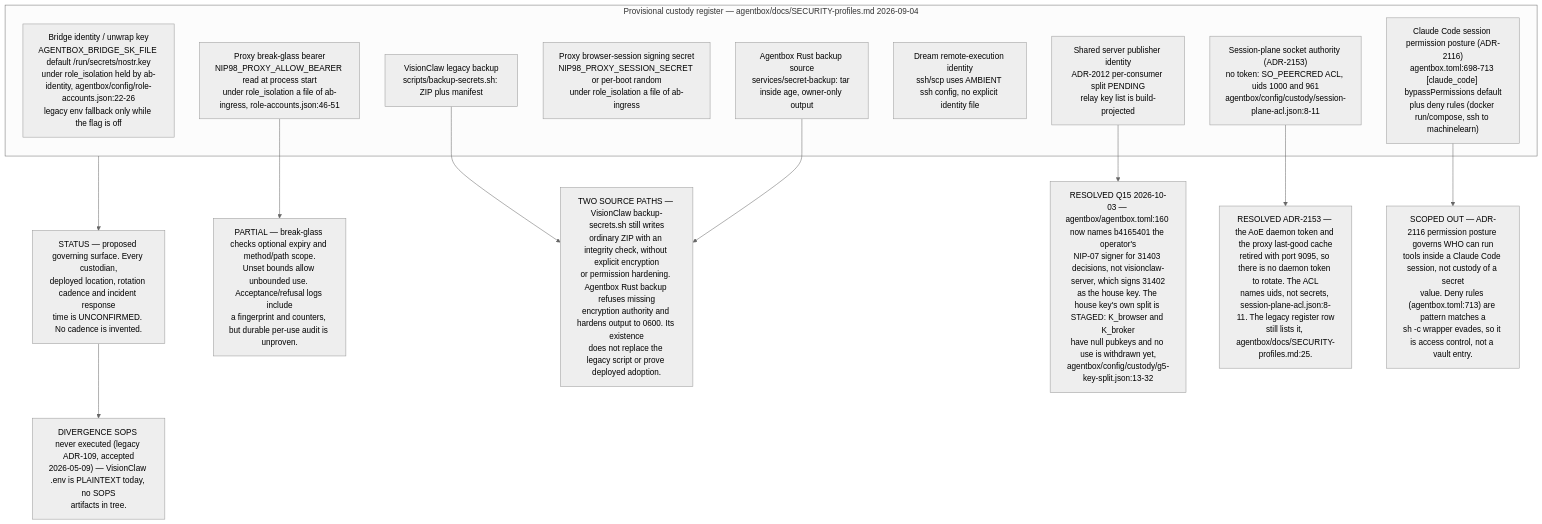
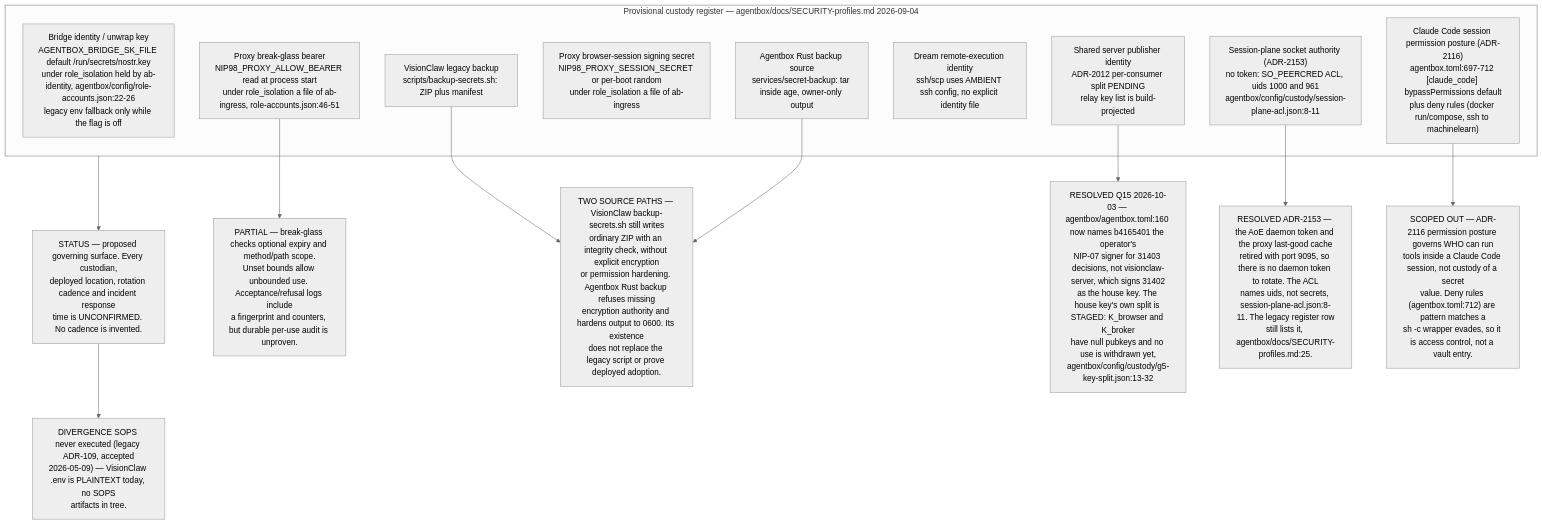
Before and after one commit to DreamLab-AI/VisionFlow: the ninth of 11 diagrams in docs/diagrams/estate/10-deployment-and-security-profiles.md, drawn with Mermaid (neutral theme). The commit also changed other lines of this file and 91 other files, not shown here.

````diff
--- a/docs/diagrams/estate/10-deployment-and-security-profiles.md
+++ b/docs/diagrams/estate/10-deployment-and-security-profiles.md
@@ -367,30 +372,30 @@
 ```mermaid
 flowchart TB
     subgraph reg["Provisional custody register — agentbox/docs/SECURITY-profiles.md 2026-09-04"]
         C1["Bridge identity / unwrap key<br/>AGENTBOX_BRIDGE_SK_FILE default /run/secrets/nostr.key<br/>under role_isolation held by ab-identity, agentbox/config/role-accounts.json:22-26<br/>legacy env fallback only while the flag is off"]
         C2["Shared server publisher identity<br/>ADR-2012 per-consumer split PENDING<br/>relay key list is build-projected"]
         C3["Proxy break-glass bearer<br/>NIP98_PROXY_ALLOW_BEARER read at process start<br/>under role_isolation a file of ab-ingress, role-accounts.json:46-51"]
         C4["Proxy browser-session signing secret<br/>NIP98_PROXY_SESSION_SECRET or per-boot random<br/>under role_isolation a file of ab-ingress"]
         C5["Session-plane socket authority (ADR-2153)<br/>no token: SO_PEERCRED ACL, uids 1000 and 961<br/>agentbox/config/custody/session-plane-acl.json:8-11"]
         C6["Dream remote-execution identity<br/>ssh/scp uses AMBIENT ssh config, no explicit identity file"]
         C7["VisionClaw legacy backup<br/>scripts/backup-secrets.sh: ZIP plus manifest"]
         C8["Agentbox Rust backup source<br/>services/secret-backup: tar inside age, owner-only output"]
-        C9["Claude Code session permission posture (ADR-2116)<br/>agentbox.toml:698-713 [claude_code] bypassPermissions default<br/>plus deny rules (docker run/compose, ssh to machinelearn)"]
+        C9["Claude Code session permission posture (ADR-2116)<br/>agentbox.toml:697-712 [claude_code] bypassPermissions default<br/>plus deny rules (docker run/compose, ssh to machinelearn)"]
     end
     ST["STATUS — proposed governing surface. Every custodian,<br/>deployed location, rotation cadence and incident response<br/>time is UNCONFIRMED. No cadence is invented."]
     D1["PARTIAL — break-glass checks optional expiry and method/path scope.<br/>Unset bounds allow unbounded use. Acceptance/refusal logs include<br/>a fingerprint and counters, but durable per-use audit is unproven."]
     D2["TWO SOURCE PATHS — VisionClaw backup-secrets.sh still writes<br/>ordinary ZIP with an integrity check, without explicit encryption<br/>or permission hardening. Agentbox Rust backup refuses missing<br/>encryption authority and hardens output to 0600. Its existence<br/>does not replace the legacy script or prove deployed adoption."]
     D3["RESOLVED Q15 2026-10-03 — agentbox/agentbox.toml:160 now names b4165401 the operator's<br/>NIP-07 signer for 31403 decisions, not visionclaw-server, which signs 31402<br/>as the house key. The house key's own split is STAGED: K_browser and K_broker<br/>have null pubkeys and no use is withdrawn yet,<br/>agentbox/config/custody/g5-key-split.json:13-32"]
     D4["RESOLVED ADR-2153 — the AoE daemon token and the proxy last-good cache<br/>retired with port 9095, so there is no daemon token to rotate. The ACL<br/>names uids, not secrets, session-plane-acl.json:8-11. The legacy register row<br/>still lists it, agentbox/docs/SECURITY-profiles.md:25."]
     D5["DIVERGENCE SOPS never executed (legacy ADR-109, accepted<br/>2026-05-09) — VisionClaw .env is PLAINTEXT today, no SOPS<br/>artifacts in tree."]
-    D6["SCOPED OUT — ADR-2116 permission posture governs WHO can run<br/>tools inside a Claude Code session, not custody of a secret<br/>value. Deny rules (agentbox.toml:713) are pattern matches a<br/>sh -c wrapper evades, so it is access control, not a vault entry."]
+    D6["SCOPED OUT — ADR-2116 permission posture governs WHO can run<br/>tools inside a Claude Code session, not custody of a secret<br/>value. Deny rules (agentbox.toml:712) are pattern matches a<br/>sh -c wrapper evades, so it is access control, not a vault entry."]
 
     reg --> ST
     C3 --> D1
     C7 --> D2
     C8 --> D2
     C2 --> D3
     C5 --> D4
     ST --> D5
     C9 --> D6
 ```
````
